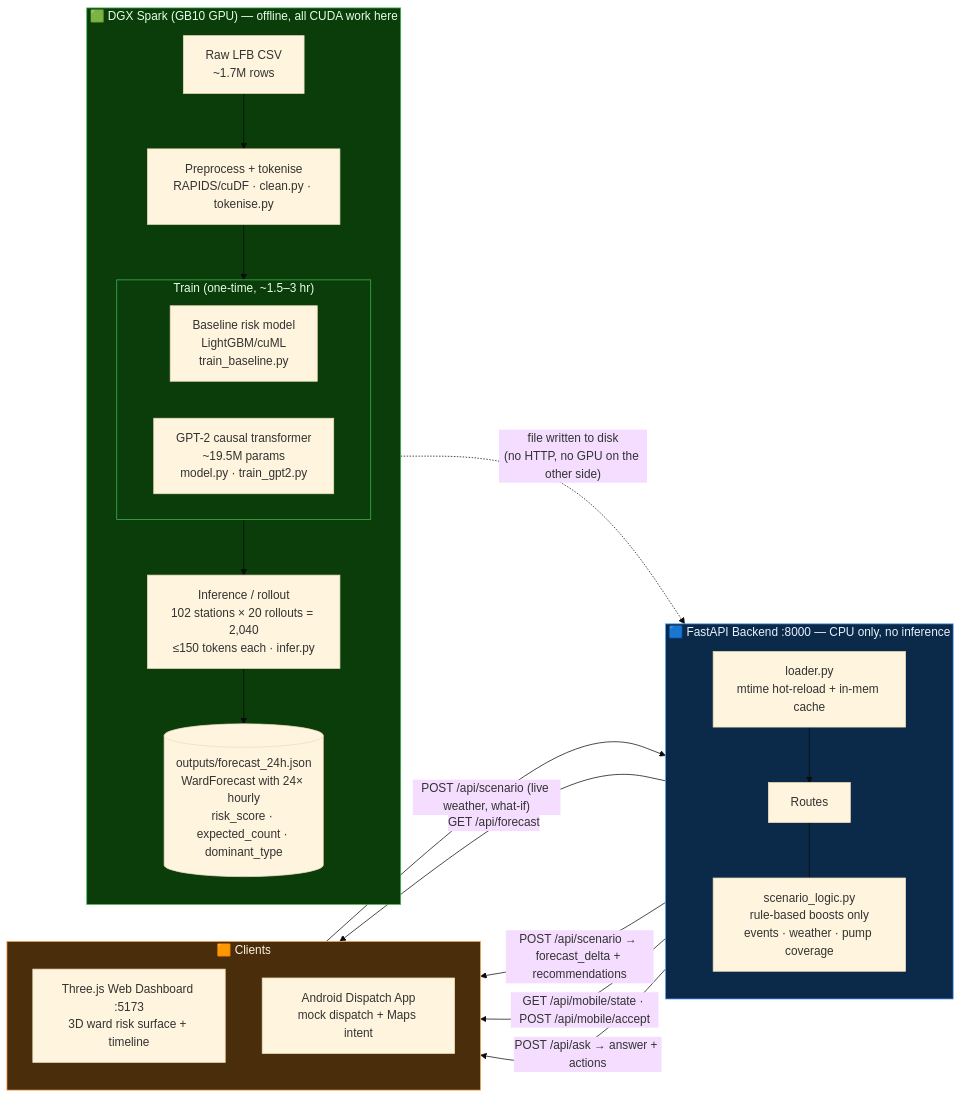
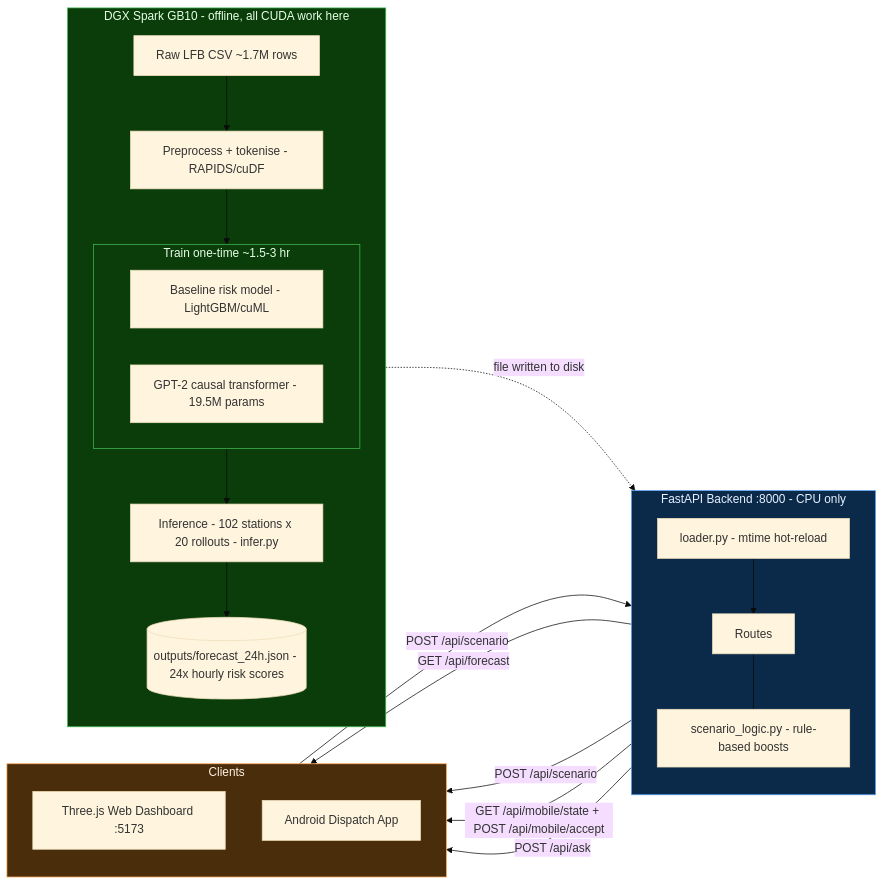
One commit to Hha21/Hackathon_NVIDIALONDON changed the fourth of 4 diagrams in README.md. Above: the diagram before and after it, drawn with Mermaid (base theme). The commit also changed other lines of this file, not shown here.

Commit message:
Fix Mermaid diagrams: remove <br/> tags unsupported by GitHub renderer

````diff
--- a/README.md
+++ b/README.md
@@ -194,44 +194,44 @@
 ```mermaid
 flowchart LR
-    subgraph DGX["🟩 DGX Spark (GB10 GPU) — offline, all CUDA work here"]
+    subgraph DGX["DGX Spark GB10 - offline, all CUDA work here"]
         direction TB
-        RAW[Raw LFB CSV<br/>~1.7M rows] --> PREP[Preprocess + tokenise<br/>RAPIDS/cuDF · clean.py · tokenise.py]
+        RAW[Raw LFB CSV ~1.7M rows] --> PREP[Preprocess + tokenise - RAPIDS/cuDF]
         PREP --> TRAIN
-        subgraph TRAIN["Train (one-time, ~1.5–3 hr)"]
+        subgraph TRAIN["Train one-time ~1.5-3 hr"]
             direction LR
-            BASE[Baseline risk model<br/>LightGBM/cuML<br/>train_baseline.py]
-            GPT[GPT-2 causal transformer<br/>~19.5M params<br/>model.py · train_gpt2.py]
+            BASE[Baseline risk model - LightGBM/cuML]
+            GPT[GPT-2 causal transformer - 19.5M params]
         end
-        TRAIN --> INFER[Inference / rollout<br/>102 stations × 20 rollouts = 2,040<br/>≤150 tokens each · infer.py]
-        INFER --> JSON[(outputs/forecast_24h.json<br/>WardForecast with 24× hourly<br/>risk_score · expected_count · dominant_type)]
+        TRAIN --> INFER[Inference - 102 stations x 20 rollouts - infer.py]
+        INFER --> JSON[(outputs/forecast_24h.json - 24x hourly risk scores)]
     end
 
-    JSON -. "file written to disk<br/>(no HTTP, no GPU on the other side)" .-> LOADER
+    JSON -. "file written to disk" .-> LOADER
 
-    subgraph BE["🟦 FastAPI Backend :8000 — CPU only, no inference"]
+    subgraph BE["FastAPI Backend :8000 - CPU only"]
         direction TB
-        LOADER[loader.py<br/>mtime hot-reload + in-mem cache]
+        LOADER[loader.py - mtime hot-reload]
         LOADER --> FAPI[Routes]
-        SCEN[scenario_logic.py<br/>rule-based boosts only<br/>events · weather · pump coverage]
+        SCEN[scenario_logic.py - rule-based boosts]
         FAPI --- SCEN
     end
 
-    subgraph CLIENTS["🟧 Clients"]
+    subgraph CLIENTS["Clients"]
         direction TB
-        WEB[Three.js Web Dashboard :5173<br/>3D ward risk surface + timeline]
-        AND[Android Dispatch App<br/>mock dispatch + Maps intent]
+        WEB[Three.js Web Dashboard :5173]
+        AND[Android Dispatch App]
     end
 
     FAPI -- "GET /api/forecast" --> WEB
-    FAPI -- "POST /api/scenario → forecast_delta + recommendations" --> WEB
-    FAPI -- "GET /api/mobile/state · POST /api/mobile/accept" --> AND
-    FAPI -- "POST /api/ask → answer + actions" --> WEB
-    WEB -- "POST /api/scenario (live weather, what-if)" --> FAPI
+    FAPI -- "POST /api/scenario" --> WEB
+    FAPI -- "GET /api/mobile/state + POST /api/mobile/accept" --> AND
+    FAPI -- "POST /api/ask" --> WEB
+    WEB -- "POST /api/scenario" --> FAPI
 
     classDef gpu fill:#0b3d0b,stroke:#3fb950,color:#e6ffe6;
     classDef be fill:#0b2a4a,stroke:#58a6ff,color:#e6f0ff;
     classDef cl fill:#4a2e0b,stroke:#ffa657,color:#fff0e0;
     class DGX,TRAIN gpu;
     class BE be;
     class CLIENTS cl;
 ```
````
